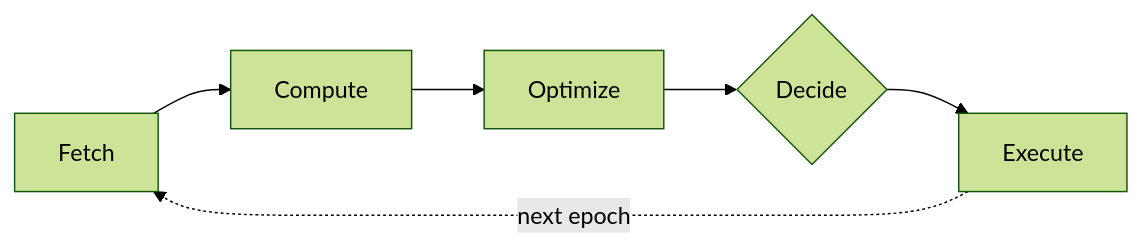
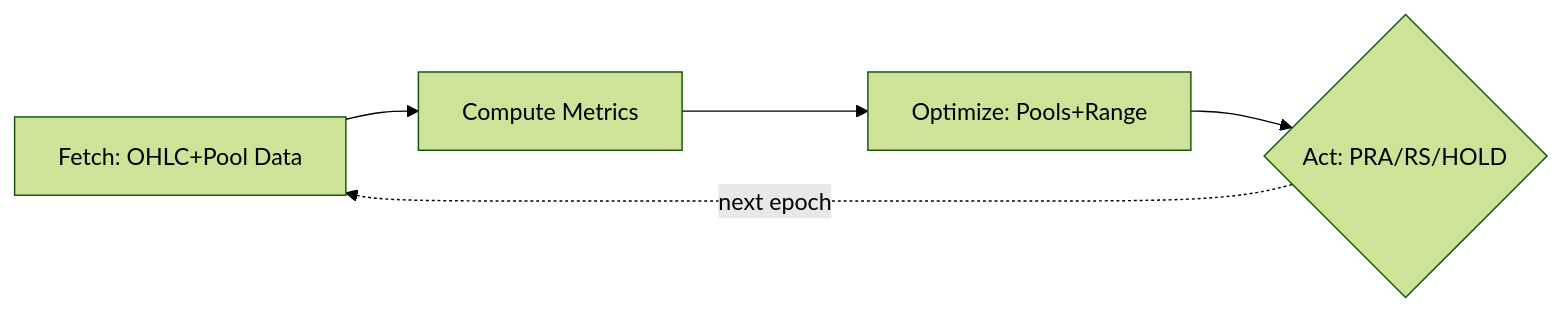
The first of 2 diagrams in README.md (btr-supply/light-alm), drawn with Mermaid (forest theme) before and after one commit. The commit also changed other lines of this file, not shown here.

Commit message:
docs(readme): restore subgraphs for workers, data, and external APIs

````diff
--- a/README.md
+++ b/README.md
@@ -9,11 +9,10 @@
 ```mermaid
 flowchart LR
-    F[Fetch] --> C[Compute] --> O[Optimize] --> D[Decide] --> E[Execute]
-    E -.->|next epoch| F
+    F[Fetch: OHLC+Pool Data] --> C[Compute Metrics] --> O[Optimize: Pools+Range] --> D[Act: PRA/RS/HOLD]
+    D -.->|next epoch| F
 
     F@{ shape: process }
     C@{ shape: process }
     O@{ shape: process }
     D@{ shape: diamond }
-    E@{ shape: process }
 ```
````
